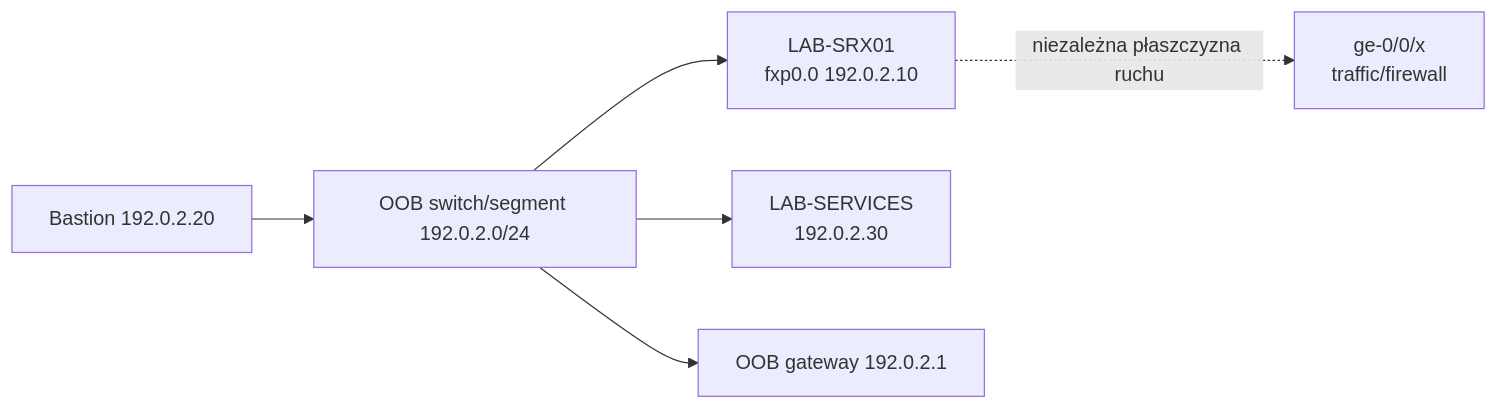
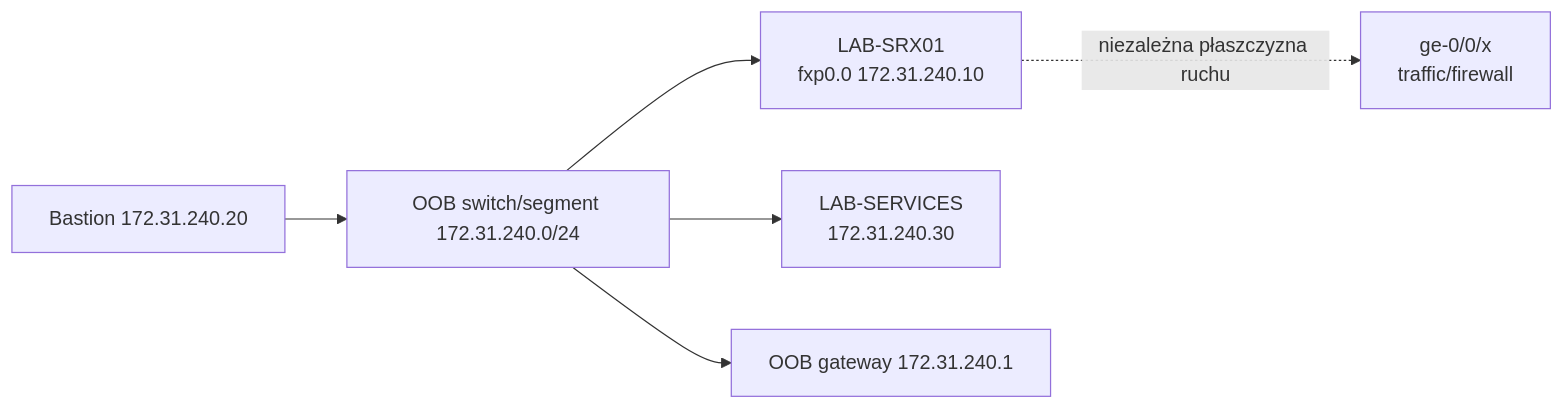
The third of 11 diagrams in docs/chapters/JUNOS_Rozdzial_04_Initial_Configuration_and_System_Services.md (nelto79/jncip), drawn with Mermaid before and after one commit. The commit also changed other lines of this file, not shown here.

Commit message:
docs(ch04): align teaching diagrams, interfaces and examples with canonical 4-vSRX DIAMOND

```diff
--- a/docs/chapters/JUNOS_Rozdzial_04_Initial_Configuration_and_System_Services.md
+++ b/docs/chapters/JUNOS_Rozdzial_04_Initial_Configuration_and_System_Services.md
@@ -173,8 +203,8 @@
 ~~~mermaid
 flowchart LR
-  ADMIN["Bastion 192.0.2.20"] --> SWITCH["OOB switch/segment 192.0.2.0/24"]
-  SWITCH --> SRX["LAB-SRX01\nfxp0.0 192.0.2.10"]
-  SWITCH --> SVR["LAB-SERVICES\n192.0.2.30"]
-  SWITCH --> GW["OOB gateway 192.0.2.1"]
+  ADMIN["Bastion 172.31.240.20"] --> SWITCH["OOB switch/segment 172.31.240.0/24"]
+  SWITCH --> SRX["LAB-SRX01\nfxp0.0 172.31.240.10"]
+  SWITCH --> SVR["LAB-SERVICES\n172.31.240.30"]
+  SWITCH --> GW["OOB gateway 172.31.240.1"]
   SRX -. "niezależna płaszczyzna ruchu" .-> DATA["ge-0/0/x\ntraffic/firewall"]
 ~~~
```
